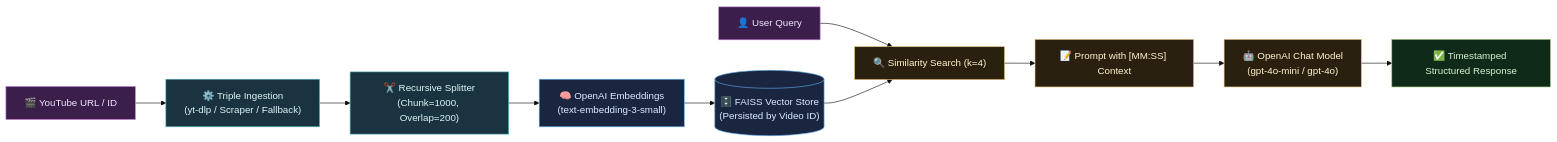
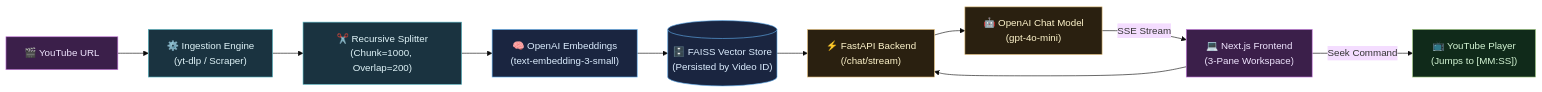
The diagram in README.md (SwayamAg/VidSense-Semantic-Video-Intelligence), drawn with Mermaid (base theme) before and after one commit. The commit also changed other lines of this file, not shown here.

Commit message:
docs(readme): update README with full-stack Next.js features, SSE streaming, 3-pane workspace, and quickstart instructions

````diff
--- a/README.md
+++ b/README.md
@@ -69,25 +67,25 @@
 ```mermaid
 graph LR
-    A["🎬 YouTube URL / ID"] --> B["⚙️ Triple Ingestion\n(yt-dlp / Scraper / Fallback)"]
+    A["🎬 YouTube URL"] --> B["⚙️ Ingestion Engine\n(yt-dlp / Scraper)"]
     B --> C["✂️ Recursive Splitter\n(Chunk=1000, Overlap=200)"]
     C --> D["🧠 OpenAI Embeddings\n(text-embedding-3-small)"]
     D --> E[("🗄️ FAISS Vector Store\n(Persisted by Video ID)")]
 
-    F["👤 User Query"] --> G["🔍 Similarity Search (k=4)"]
+    F["💻 Next.js Frontend\n(3-Pane Workspace)"] --> G["⚡ FastAPI Backend\n(/chat/stream)"]
     E --> G
-    G --> H["📝 Prompt with [MM:SS] Context"]
-    H --> I["🤖 OpenAI Chat Model\n(gpt-4o-mini / gpt-4o)"]
-    I --> J["✅ Timestamped Structured Response"]
+    G --> H["🤖 OpenAI Chat Model\n(gpt-4o-mini)"]
+    H -->|SSE Stream| F
+    F -->|Seek Command| I["📺 YouTube Player\n(Jumps to [MM:SS])"]
 
     classDef source fill:#3b1f4a,stroke:#c678dd,color:#f0e6ff
     classDef process fill:#1a3340,stroke:#56b6c2,color:#e0f4f8
     classDef storage fill:#1a2540,stroke:#61afef,color:#ddeeff
     classDef rag fill:#2a2010,stroke:#e5c07b,color:#fff5cc
     classDef output fill:#102a1a,stroke:#98c379,color:#d4f5d4
 
     class A,F source
     class B,C process
     class D,E storage
-    class G,H,I rag
-    class J output
+    class G,H rag
+    class I output
 ```
````
